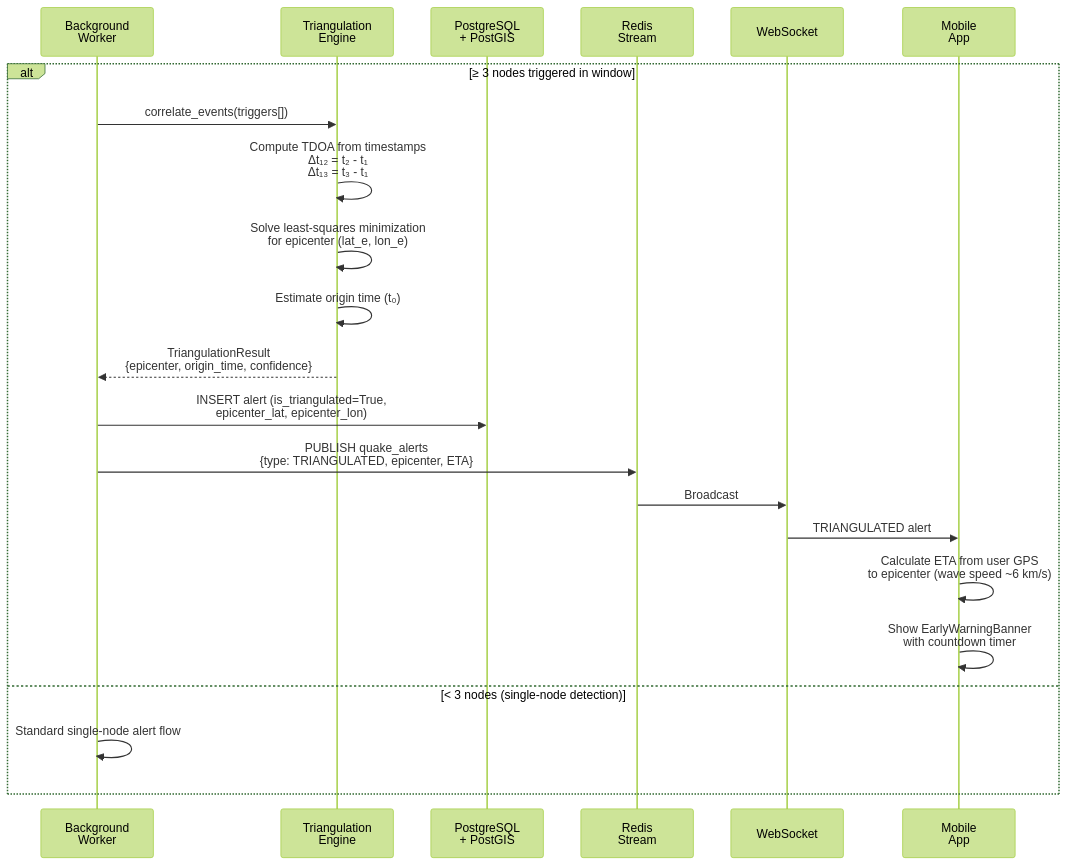
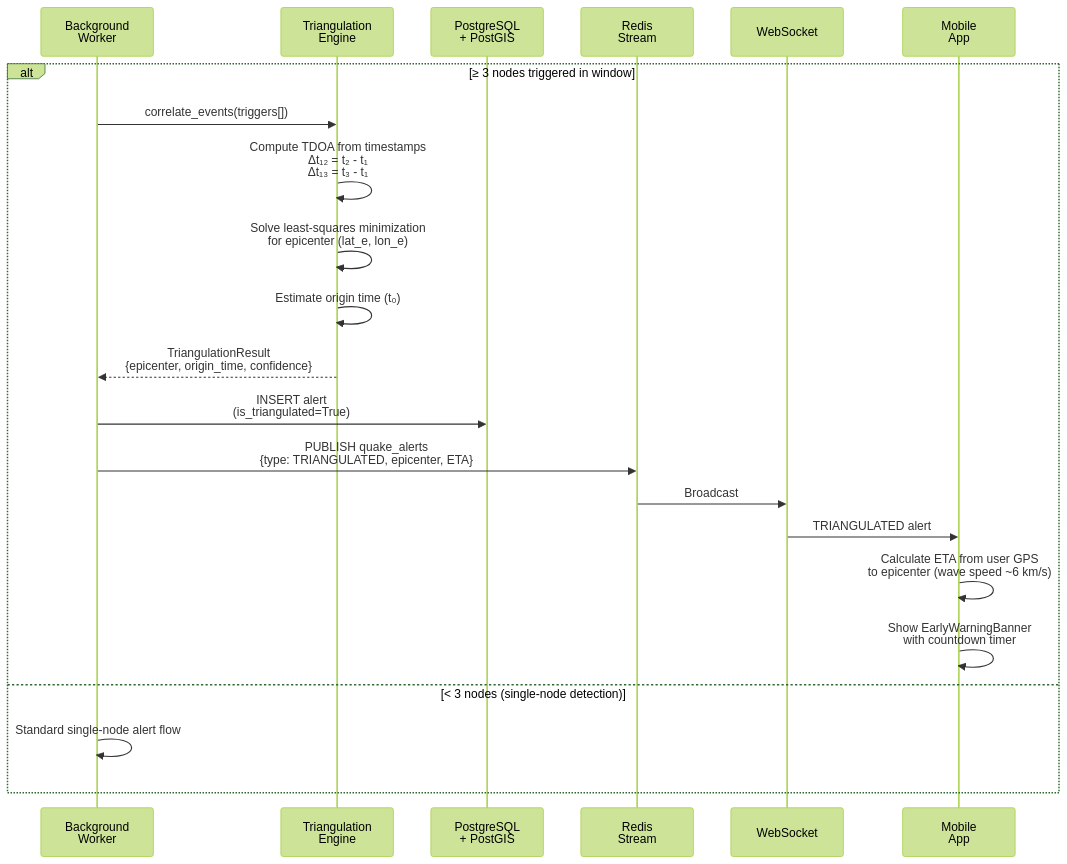
One commit to GiZano/QuakeGuard changed the second of 2 diagrams in docs/diagrams/sequence-triangulation.md. Above: the diagram before and after it, drawn with Mermaid (forest theme). The commit also changed other lines of this file and 3 other files, not shown here.

Commit message:
docs: apply font sizing to mermaid diagrams

````diff
--- a/docs/diagrams/sequence-triangulation.md
+++ b/docs/diagrams/sequence-triangulation.md
@@ -34,35 +35,36 @@
 ```mermaid
+%%{init: {"sequence": {"actorFontSize": 20, "messageFontSize": 18, "noteFontSize": 18}}}%%
 sequenceDiagram
     participant Worker as Background<br/>Worker
     participant Tri as Triangulation<br/>Engine
     participant DB as PostgreSQL<br/>+ PostGIS
     participant Redis as Redis<br/>Stream
     participant WS as WebSocket
     participant App as Mobile<br/>App
 
     alt ≥ 3 nodes triggered in window
         Worker->>Tri: correlate_events(triggers[])
 
         Tri->>Tri: Compute TDOA from timestamps<br/>Δt₁₂ = t₂ - t₁<br/>Δt₁₃ = t₃ - t₁
 
         Tri->>Tri: Solve least-squares minimization<br/>for epicenter (lat_e, lon_e)
 
         Tri->>Tri: Estimate origin time (t₀)
 
         Tri-->>Worker: TriangulationResult<br/>{epicenter, origin_time, confidence}
 
-        Worker->>DB: INSERT alert (is_triangulated=True,<br/>epicenter_lat, epicenter_lon)
+        Worker->>DB: INSERT alert<br/>(is_triangulated=True)
 
         Worker->>Redis: PUBLISH quake_alerts<br/>{type: TRIANGULATED, epicenter, ETA}
 
         Redis->>WS: Broadcast
         WS->>App: TRIANGULATED alert
 
         App->>App: Calculate ETA from user GPS<br/>to epicenter (wave speed ~6 km/s)
 
         App->>App: Show EarlyWarningBanner<br/>with countdown timer
 
     else < 3 nodes (single-node detection)
         Worker->>Worker: Standard single-node alert flow
     end
 ```
````
